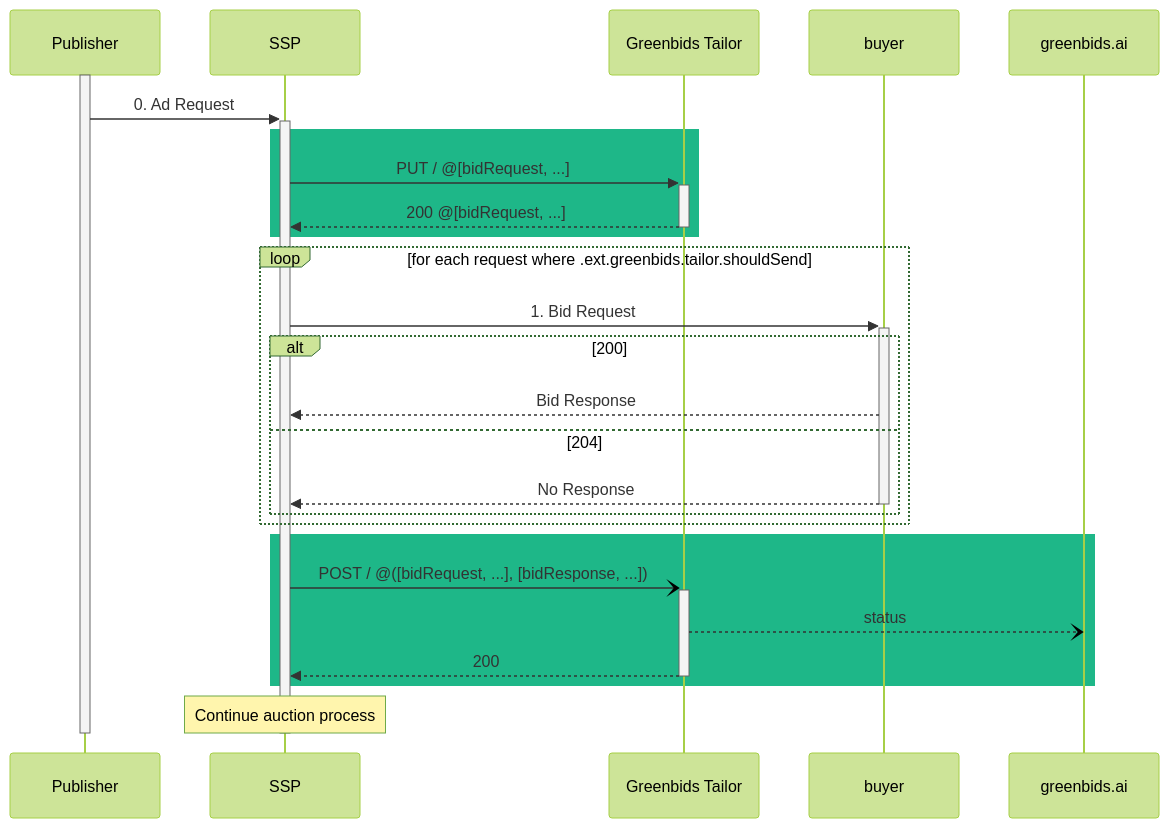
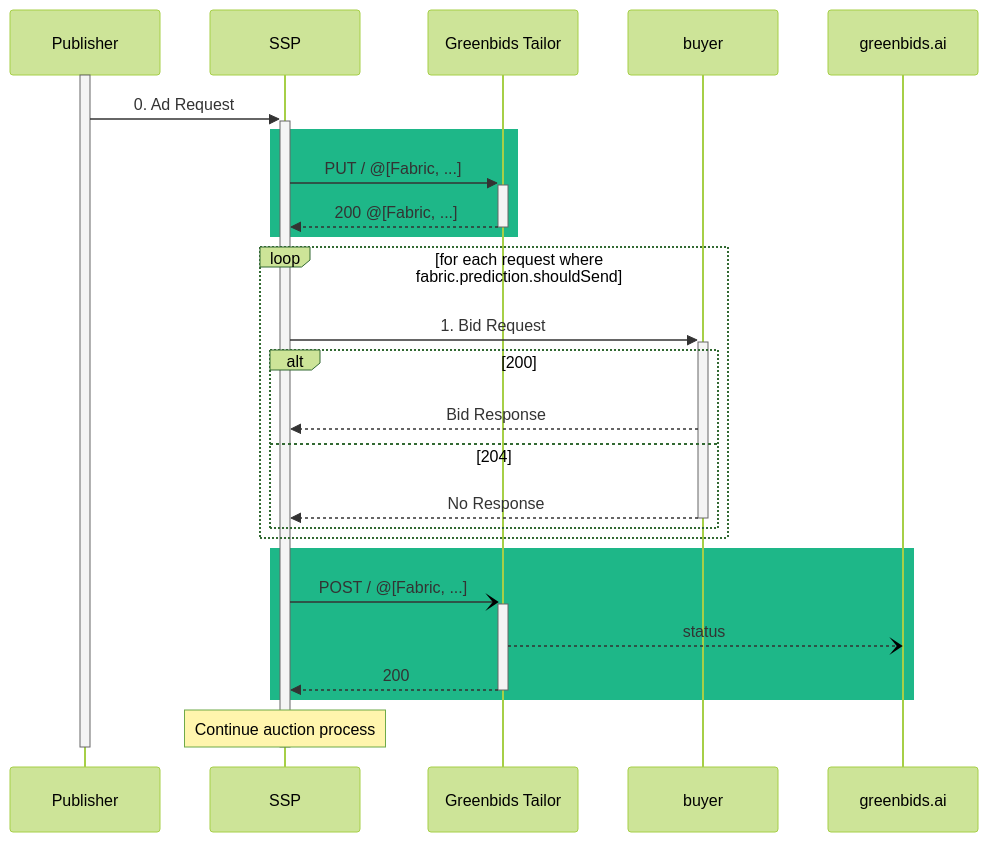
Before and after one commit to greenbids/greenbids-tailor-external: the diagram in README.md, drawn with Mermaid (forest theme). The commit also changed other lines of this file and 4 other files, not shown here.

````diff
--- a/README.md
+++ b/README.md
@@ -16,30 +16,30 @@
 ```mermaid
 sequenceDiagram
     activate Publisher
     Publisher ->>+ SSP: 0. Ad Request
 
     participant GB as Greenbids Tailor
     rect rgb(30, 183, 136)
-    SSP ->>+ GB: PUT / @[bidRequest, ...]
-    GB -->>- SSP: 200 @[bidRequest, ...]
+    SSP ->>+ GB: PUT / @[Fabric, ...]
+    GB -->>- SSP: 200 @[Fabric, ...]
     end
 
-    loop for each request where .ext.greenbids.tailor.shouldSend
+    loop for each request where fabric.prediction.shouldSend
         SSP ->>+ buyer: 1. Bid Request
         alt 200
         buyer -->> SSP: Bid Response
         else 204
         buyer -->>- SSP: No Response
         end
     end
 
     rect rgb(30, 183, 136)
-    SSP -)+ GB: POST / @([bidRequest, ...], [bidResponse, ...])
+    SSP -)+ GB: POST / @[Fabric, ...]
     GB --) greenbids.ai: status
     GB -->>- SSP: 200
     end
 
     note over SSP: Continue auction process
     deactivate SSP
     deactivate Publisher
 ```
````
